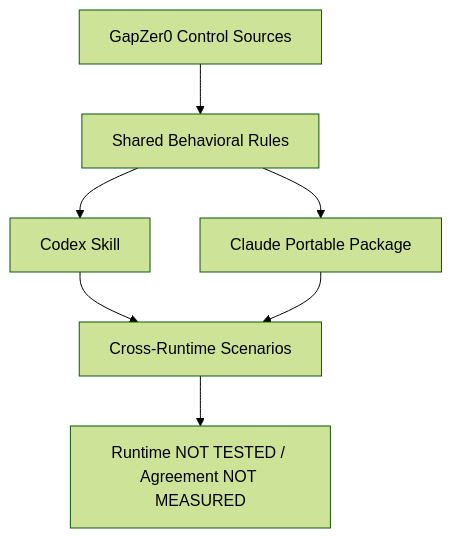
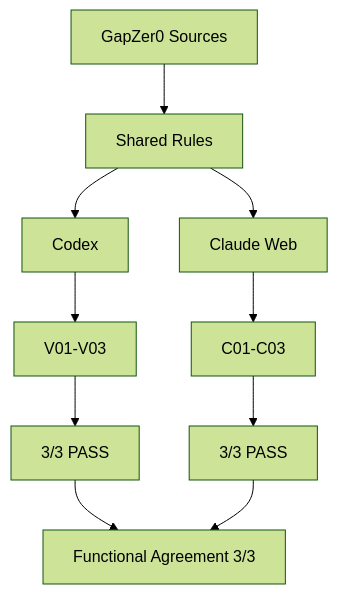
The diagram in claude-skill/tests/CLAUDE_PORT_VALIDATION.md (whs4-GapZer0/GapZer0_Guideline), drawn with Mermaid (forest theme) before and after one commit. The commit also changed other lines of this file and 1 other file, not shown here.

Commit message:
test: validate GapZer0 Skill on Claude runtime

````diff
--- a/claude-skill/tests/CLAUDE_PORT_VALIDATION.md
+++ b/claude-skill/tests/CLAUDE_PORT_VALIDATION.md
@@ -31,9 +36,12 @@
 ```mermaid
 flowchart TD
-    S[GapZer0 Control Sources] --> B[Shared Behavioral Rules]
-    B --> C[Codex Skill]
-    B --> P[Claude Portable Package]
-    C --> T[Cross-Runtime Scenarios]
-    P --> T
-    T --> R[Runtime NOT TESTED / Agreement NOT MEASURED]
+    S[GapZer0 Sources] --> R[Shared Rules]
+    R --> C[Codex]
+    R --> W[Claude Web]
+    C --> V[V01-V03]
+    W --> T[C01-C03]
+    V --> VP[3/3 PASS]
+    T --> TP[3/3 PASS]
+    VP --> A[Functional Agreement 3/3]
+    TP --> A
 ```
````
